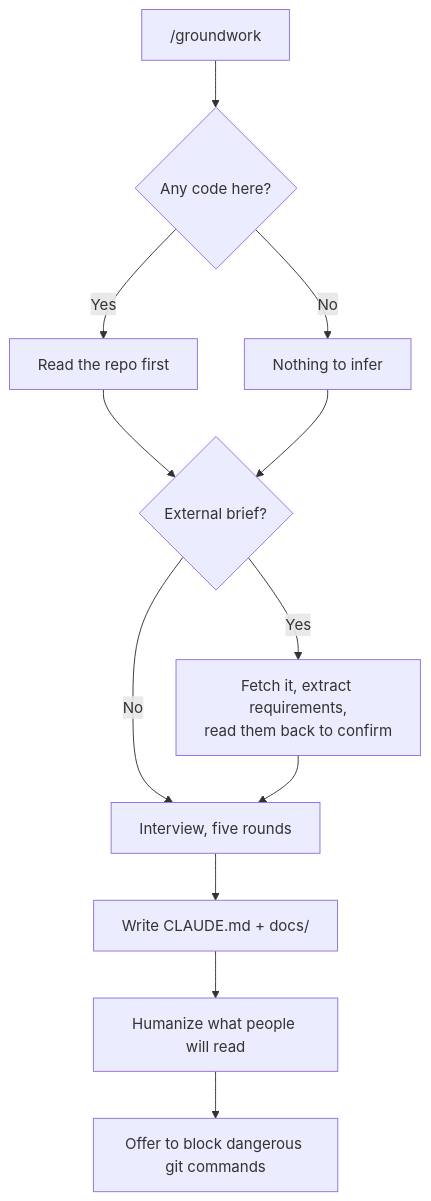
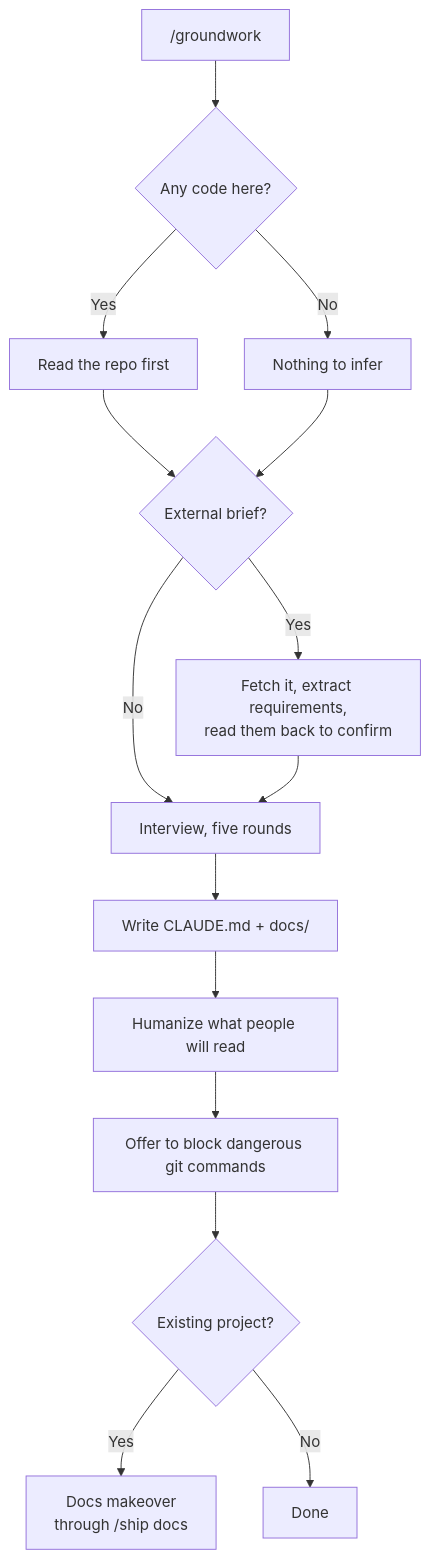
One commit to divyanshjoshii/groundwork changed the diagram in README.md. Above: the diagram before and after it, drawn with Mermaid. The commit also changed other lines of this file and 1 other file, not shown here.

Commit message:
hand existing projects to /ship docs as a last step

````diff
--- a/README.md
+++ b/README.md
@@ -15,14 +15,17 @@
 ```mermaid
 flowchart TD
     A["/groundwork"] --> B{Any code here?}
     B -->|Yes| C[Read the repo first]
     B -->|No| D[Nothing to infer]
     C --> E{External brief?}
     D --> E
     E -->|Yes| F["Fetch it, extract requirements,<br/>read them back to confirm"]
     E -->|No| G[Interview, five rounds]
     F --> G
     G --> H["Write CLAUDE.md + docs/"]
     H --> I[Humanize what people will read]
     I --> J[Offer to block dangerous git commands]
+    J --> K{Existing project?}
+    K -->|Yes| L["Docs makeover<br/>through /ship docs"]
+    K -->|No| M[Done]
 ```
````
